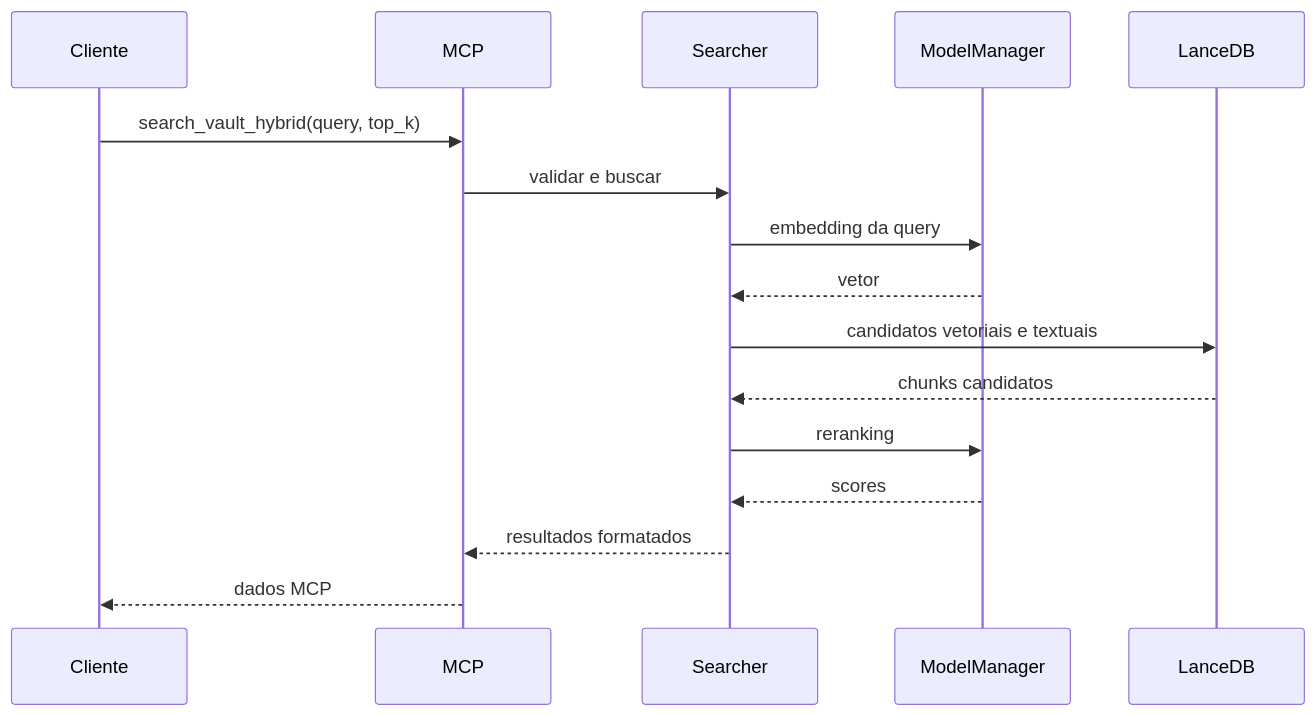
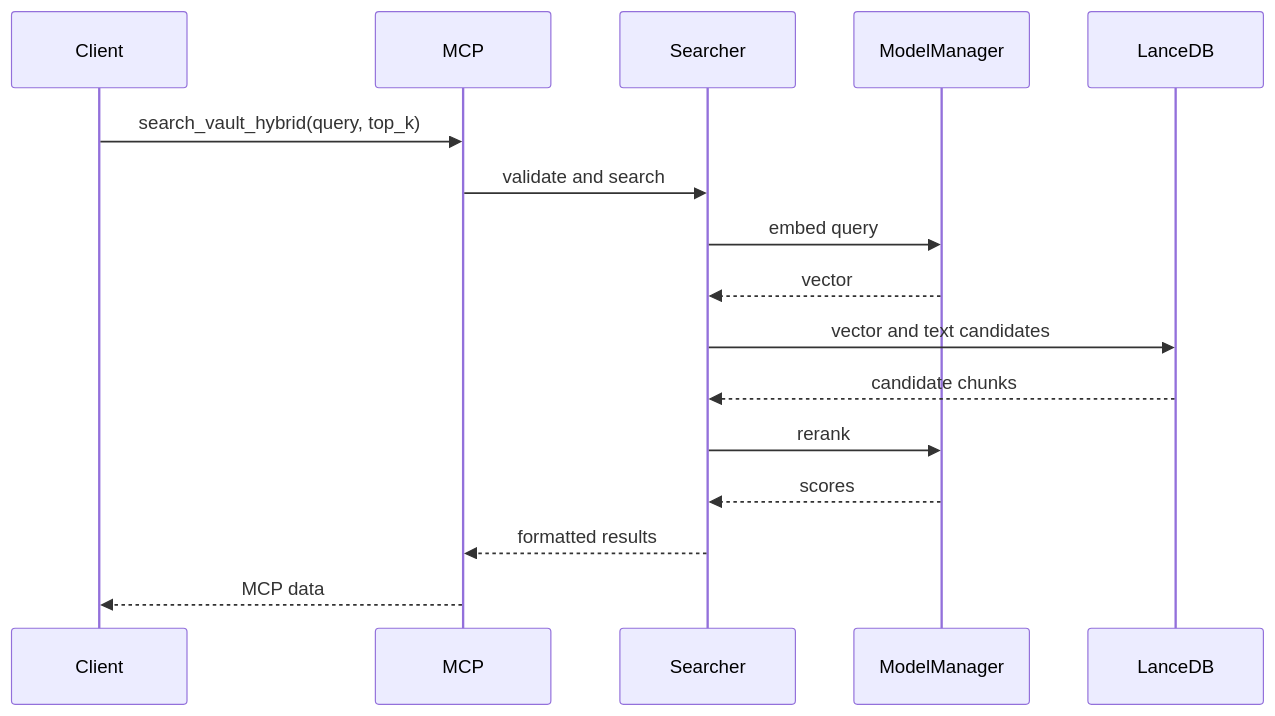
One commit to everton-dgn/vault-search-mcp changed the second of 2 diagrams in docs/architecture/overview.md. Above: the diagram before and after it, drawn with Mermaid. The commit also changed other lines of this file and 200 other files, not shown here.

````diff
--- a/docs/architecture/overview.md
+++ b/docs/architecture/overview.md
@@ -33,18 +33,18 @@
 ```mermaid
 sequenceDiagram
-    participant C as Cliente
+    participant C as Client
     participant M as MCP
     participant S as Searcher
     participant D as ModelManager
     participant L as LanceDB
     C->>M: search_vault_hybrid(query, top_k)
-    M->>S: validar e buscar
-    S->>D: embedding da query
-    D-->>S: vetor
-    S->>L: candidatos vetoriais e textuais
-    L-->>S: chunks candidatos
-    S->>D: reranking
+    M->>S: validate and search
+    S->>D: embed query
+    D-->>S: vector
+    S->>L: vector and text candidates
+    L-->>S: candidate chunks
+    S->>D: rerank
     D-->>S: scores
-    S-->>M: resultados formatados
-    M-->>C: dados MCP
+    S-->>M: formatted results
+    M-->>C: MCP data
 ```
````
